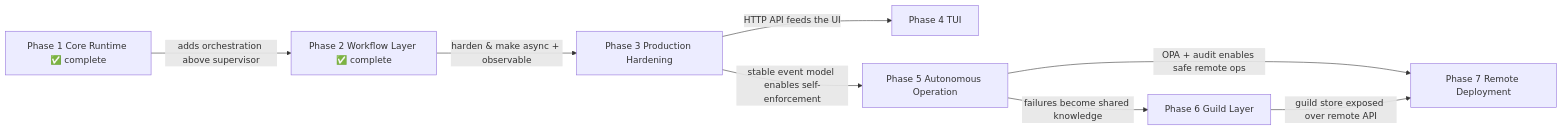
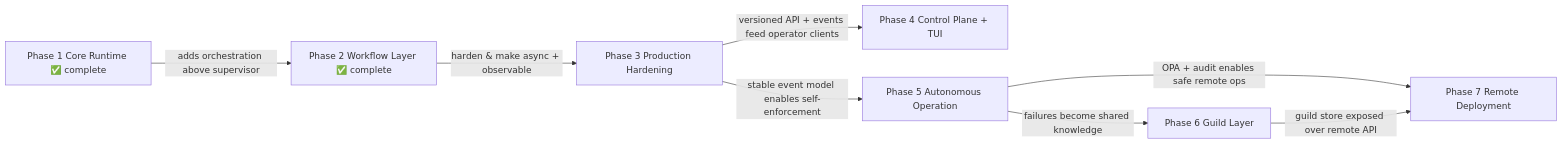
One commit to DanSega1/Conductor-Engine changed the first of 6 diagrams in docs/conductor/architecture-diagrams.md. Above: the diagram before and after it, drawn with Mermaid. The commit also changed other lines of this file and 2 other files, not shown here.

Commit message:
docs: refine roadmap for control plane and tui

````diff
--- a/docs/conductor/architecture-diagrams.md
+++ b/docs/conductor/architecture-diagrams.md
@@ -11,18 +11,18 @@
 ```mermaid
 flowchart LR
     P1["Phase 1 Core Runtime ✅ complete"]
     P2["Phase 2 Workflow Layer ✅ complete"]
     P3["Phase 3 Production Hardening"]
-    P4["Phase 4 TUI"]
+    P4["Phase 4 Control Plane + TUI"]
     P5["Phase 5 Autonomous Operation"]
     P6["Phase 6 Guild Layer"]
     P7["Phase 7 Remote Deployment"]
 
     P1 -->|"adds orchestration above supervisor"| P2
     P2 -->|"harden & make async + observable"| P3
-    P3 -->|"HTTP API feeds the UI"| P4
+    P3 -->|"versioned API + events feed operator clients"| P4
     P3 -->|"stable event model enables self-enforcement"| P5
     P5 -->|"failures become shared knowledge"| P6
     P5 -->|"OPA + audit enables safe remote ops"| P7
     P6 -->|"guild store exposed over remote API"| P7
 ```
````
